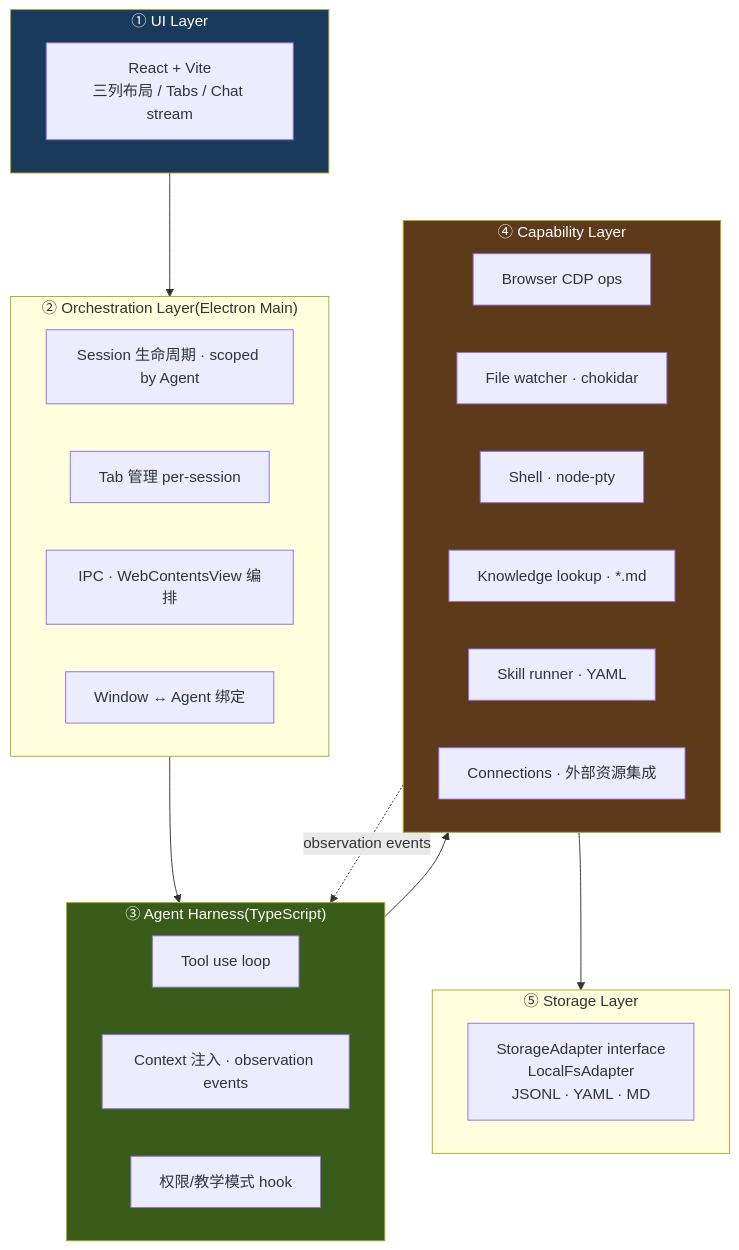
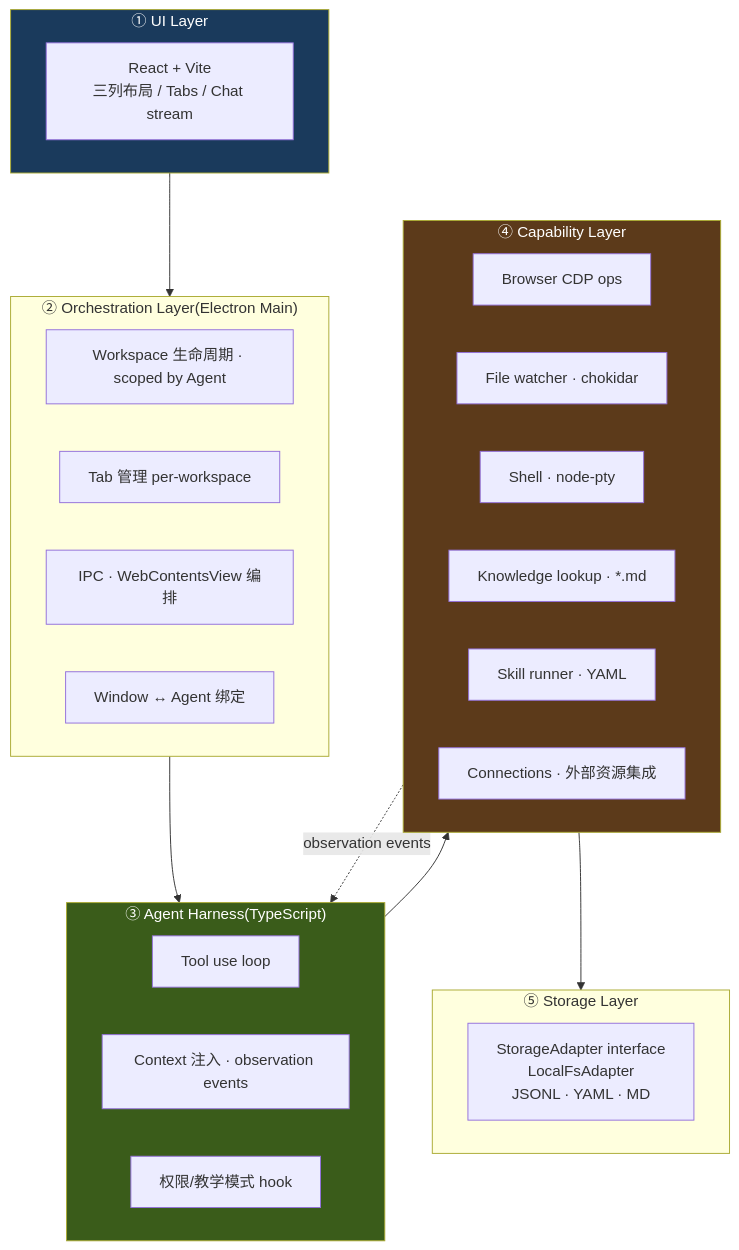
One commit to jimuyang/silent-agent changed the first of 2 diagrams in design/architecture.md. Above: the diagram before and after it, drawn with Mermaid. The commit also changed other lines of this file and 28 other files, not shown here.

````diff
--- a/design/architecture.md
+++ b/design/architecture.md
@@ -26,39 +26,39 @@
 ```mermaid
 flowchart TB
     subgraph UI["① UI Layer"]
         UI1[React + Vite<br/>三列布局 / Tabs / Chat stream]
     end
 
     subgraph ORCH["② Orchestration Layer(Electron Main)"]
-        O1[Session 生命周期 · scoped by Agent]
-        O2[Tab 管理 per-session]
+        O1[Workspace 生命周期 · scoped by Agent]
+        O2[Tab 管理 per-workspace]
         O3[IPC · WebContentsView 编排]
         O4[Window ↔ Agent 绑定]
     end
 
     subgraph HARNESS["③ Agent Harness(TypeScript)"]
         H1[Tool use loop]
         H2[Context 注入 · observation events]
         H3[权限/教学模式 hook]
     end
 
     subgraph CAPS["④ Capability Layer"]
         C1[Browser CDP ops]
         C2[File watcher · chokidar]
         C3[Shell · node-pty]
         C4[Knowledge lookup · *.md]
         C5[Skill runner · YAML]
         C6[Connections · 外部资源集成]
     end
 
     subgraph STORE["⑤ Storage Layer"]
         S1[StorageAdapter interface<br/>LocalFsAdapter<br/>JSONL · YAML · MD]
     end
 
     UI --> ORCH --> HARNESS --> CAPS --> STORE
     CAPS -.observation events.-> HARNESS
 
     style UI fill:#1a3a5c,color:#fff
     style HARNESS fill:#3a5c1a,color:#fff
     style CAPS fill:#5c3a1a,color:#fff
 ```
````
